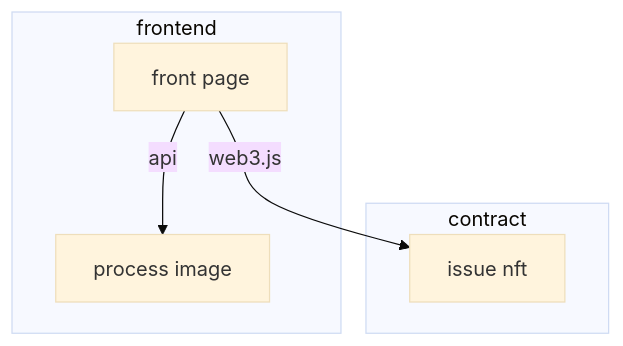
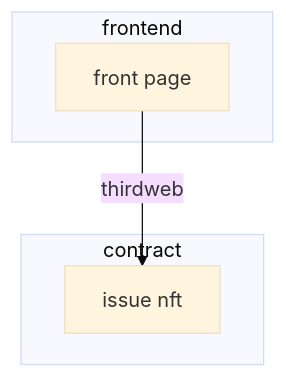
One commit to sakuyacatcat/nft-image-processor changed the diagram in README.md. Above: the diagram before and after it, drawn with Mermaid (base theme). The commit also changed 1 other file, not shown here.

Commit message:
Feature/add todo (#4)
* update: architecture on readme

* feat: tdd todo list

---------

````diff
--- a/README.md
+++ b/README.md
@@ -7,15 +7,13 @@
 ```mermaid
 graph TD
 
   subgraph frontend
     A[front page]
-    B[process image]
-    A -->|"api"| B
   end
 
   subgraph contract
-    C[issue nft]
+    B[issue nft]
   end
 
-  A -->|"web3.js"| C
+  A -->|"thirdweb"| B
 ```
````
